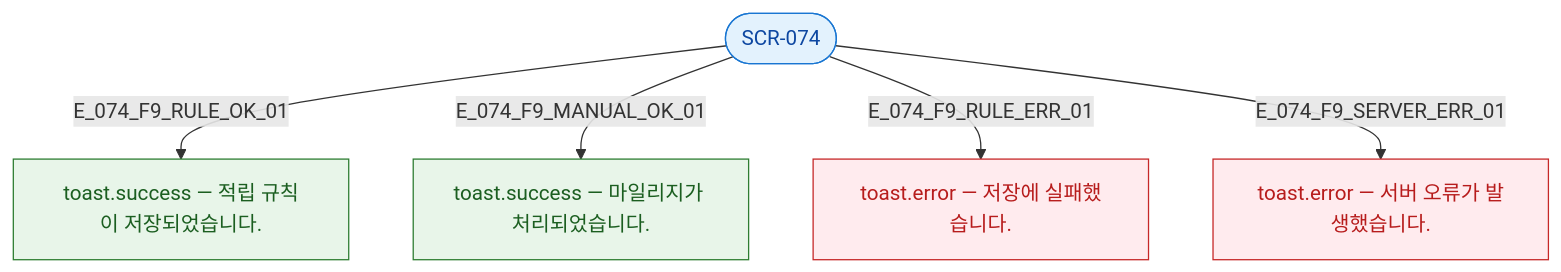
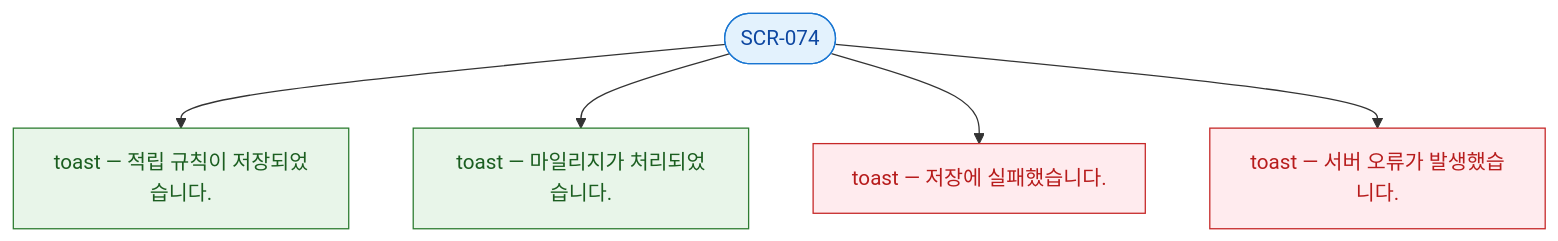
One commit to dev-spogym/admin-pando changed the diagram in docs/다이어그램/D08_마케팅/SCR-074_마일리지관리/F9_토스트피드백.md. Above: the diagram before and after it, drawn with Mermaid. The commit also changed other lines of this file and 1660 other files, not shown here.

First line of the commit message:
다이어그램: 기획자/클라이언트 납품본으로 정리

````diff
--- a/docs/다이어그램/D08_마케팅/SCR-074_마일리지관리/F9_토스트피드백.md
+++ b/docs/다이어그램/D08_마케팅/SCR-074_마일리지관리/F9_토스트피드백.md
@@ -14,16 +12,16 @@
 ```mermaid
 flowchart TD
   SCR_074([SCR-074])
-  SCR_074 -->|E_074_F9_RULE_OK_01| T1[toast.success — 적립 규칙이 저장되었습니다.]
-  SCR_074 -->|E_074_F9_MANUAL_OK_01| T2[toast.success — 마일리지가 처리되었습니다.]
-  SCR_074 -->|E_074_F9_RULE_ERR_01| T3[toast.error — 저장에 실패했습니다.]
-  SCR_074 -->|E_074_F9_SERVER_ERR_01| T4[toast.error — 서버 오류가 발생했습니다.]
+  SCR_074 --> T1[toast — 적립 규칙이 저장되었습니다.]
+  SCR_074 --> T2[toast — 마일리지가 처리되었습니다.]
+  SCR_074 --> T3[toast — 저장에 실패했습니다.]
+  SCR_074 --> T4[toast — 서버 오류가 발생했습니다.]
 
-  classDef screen  fill:#E3F2FD,stroke:#1976D2,color:#0D47A1
+  classDef screen fill:#E3F2FD,stroke:#1976D2,color:#0D47A1
   classDef success fill:#E8F5E9,stroke:#2E7D32,color:#1B5E20
-  classDef error   fill:#FFEBEE,stroke:#C62828,color:#B71C1C
+  classDef error fill:#FFEBEE,stroke:#C62828,color:#B71C1C
 
   class SCR_074 screen
   class T1,T2 success
   class T3,T4 error
 ```
````
